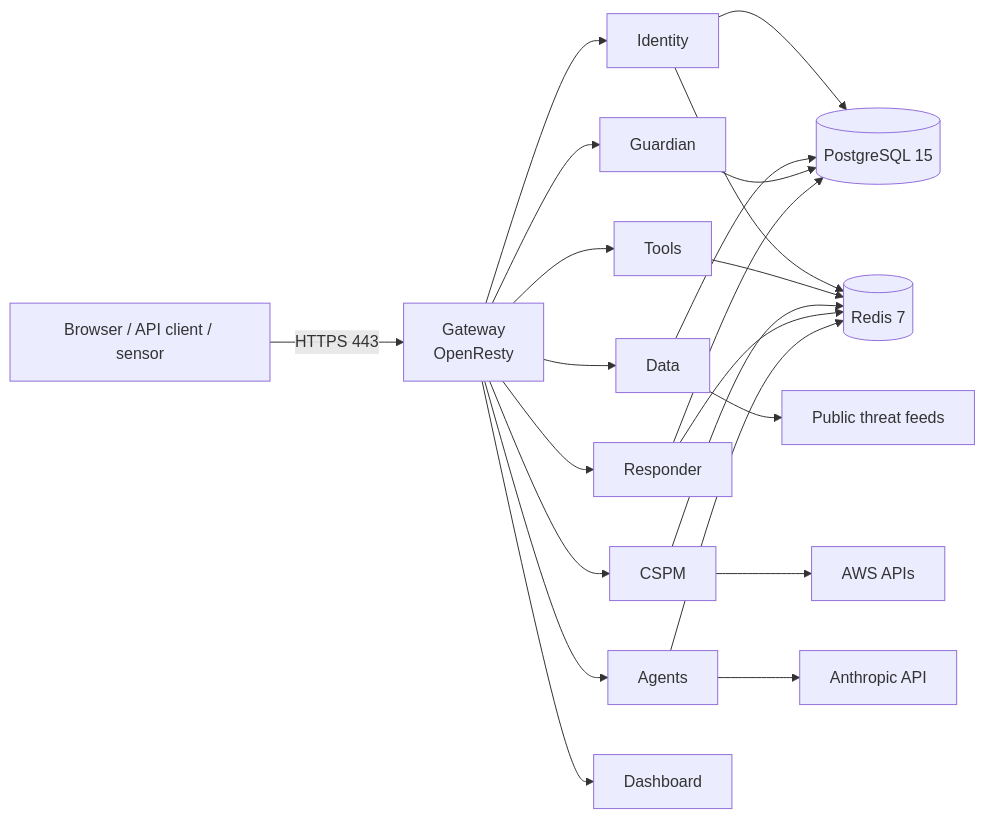
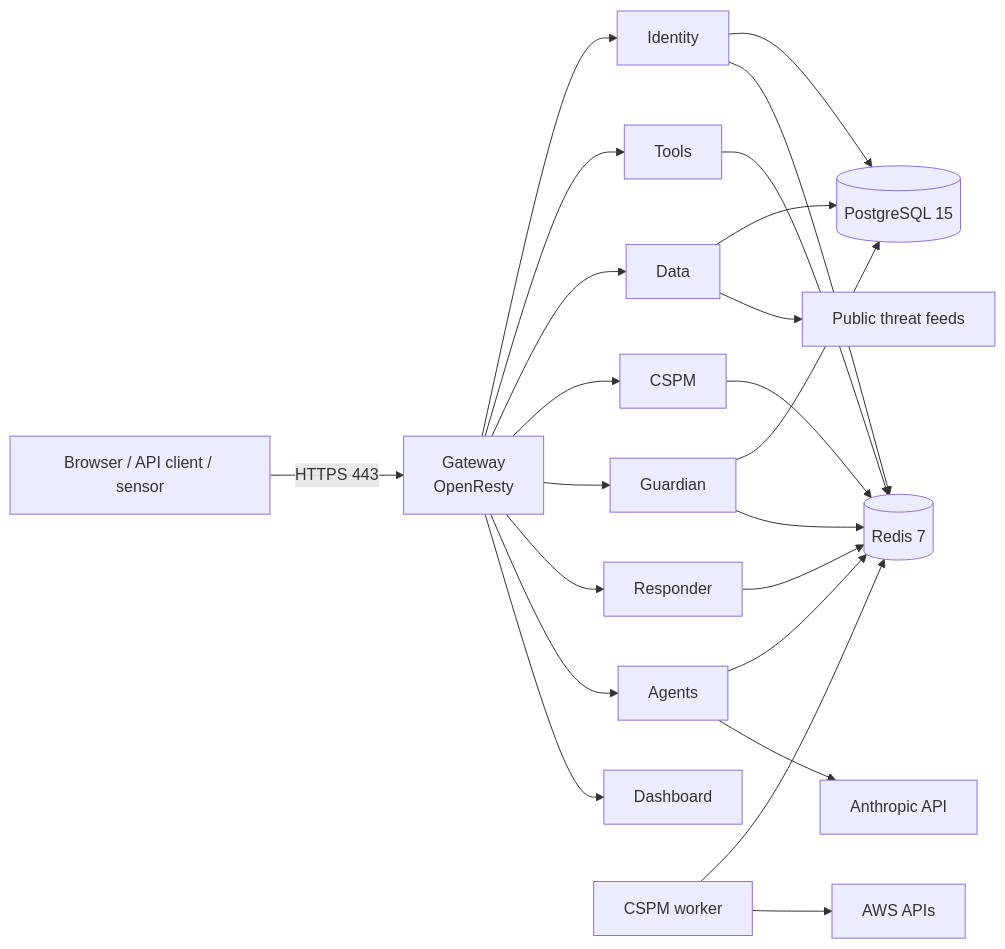
Before and after one commit to fabriziosalmi/wildbox: the diagram in README.md, drawn with Mermaid. The commit also changed other lines of this file and 61 other files, not shown here.

````diff
--- a/README.md
+++ b/README.md
@@ -48,24 +48,25 @@
 ```mermaid
 flowchart LR
     client[Browser / API client / sensor] -->|HTTPS 443| gateway[Gateway<br/>OpenResty]
     gateway --> identity[Identity]
     gateway --> tools[Tools]
     gateway --> data[Data]
     gateway --> cspm[CSPM]
     gateway --> guardian[Guardian]
     gateway --> responder[Responder]
     gateway --> agents[Agents]
     gateway --> dashboard[Dashboard]
     identity --> pg[(PostgreSQL 15)]
     data --> pg
     guardian --> pg
-    responder --> pg
     identity --> redis[(Redis 7)]
     tools --> redis
     cspm --> redis
+    cspmWorker[CSPM worker] --> redis
+    guardian --> redis
     responder --> redis
     agents --> redis
     agents --> claude[Anthropic API]
-    cspm --> clouds[AWS APIs]
+    cspmWorker --> clouds[AWS APIs]
     data --> feeds[Public threat feeds]
 ```
````
